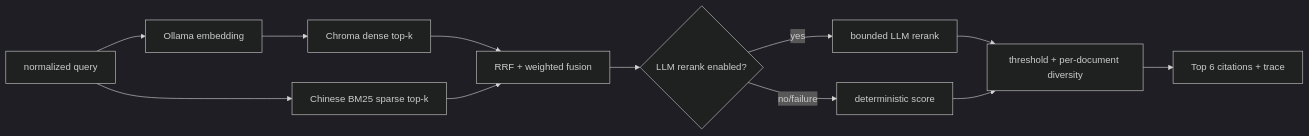
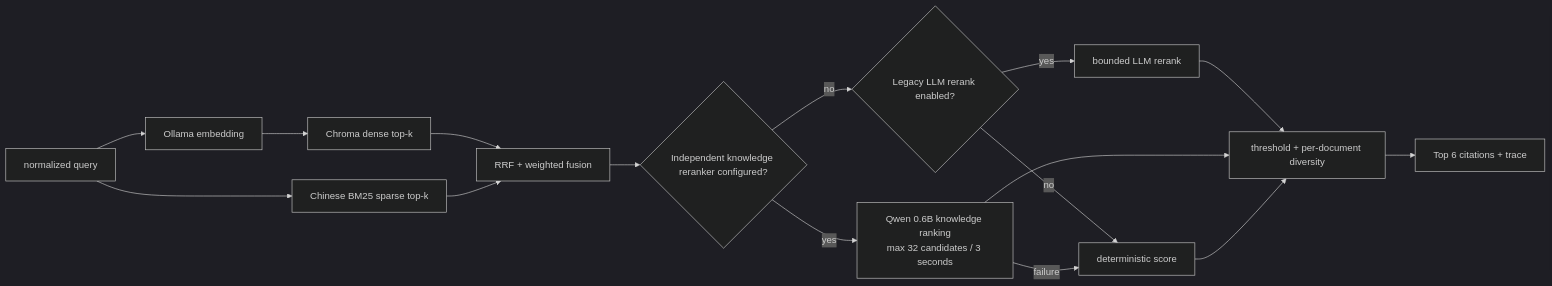
The diagram in docs/rag-pipeline.md (Vaniloo/psych-agent-engineering), drawn with Mermaid (dark theme) before and after one commit. The commit also changed other lines of this file and 293 other files, not shown here.

````diff
--- a/docs/rag-pipeline.md
+++ b/docs/rag-pipeline.md
@@ -20,14 +26,18 @@
 ```mermaid
 flowchart LR
     Q[normalized query] --> E[Ollama embedding]
     E --> D[Chroma dense top-k]
     Q --> B[Chinese BM25 sparse top-k]
     D --> F[RRF + weighted fusion]
     B --> F
-    F --> RR{LLM rerank enabled?}
-    RR -->|yes| L[bounded LLM rerank]
-    RR -->|no/failure| S[deterministic score]
+    F --> RR{Independent knowledge reranker configured?}
+    RR -->|yes| L[Qwen 0.6B knowledge ranking\nmax 32 candidates / 3 seconds]
+    RR -->|no| LEG{Legacy LLM rerank enabled?}
+    LEG -->|yes| LL[bounded LLM rerank]
+    LEG -->|no| S[deterministic score]
+    L -->|failure| S
+    LL --> C
     L --> C[threshold + per-document diversity]
     S --> C
     C --> O[Top 6 citations + trace]
 ```
````
